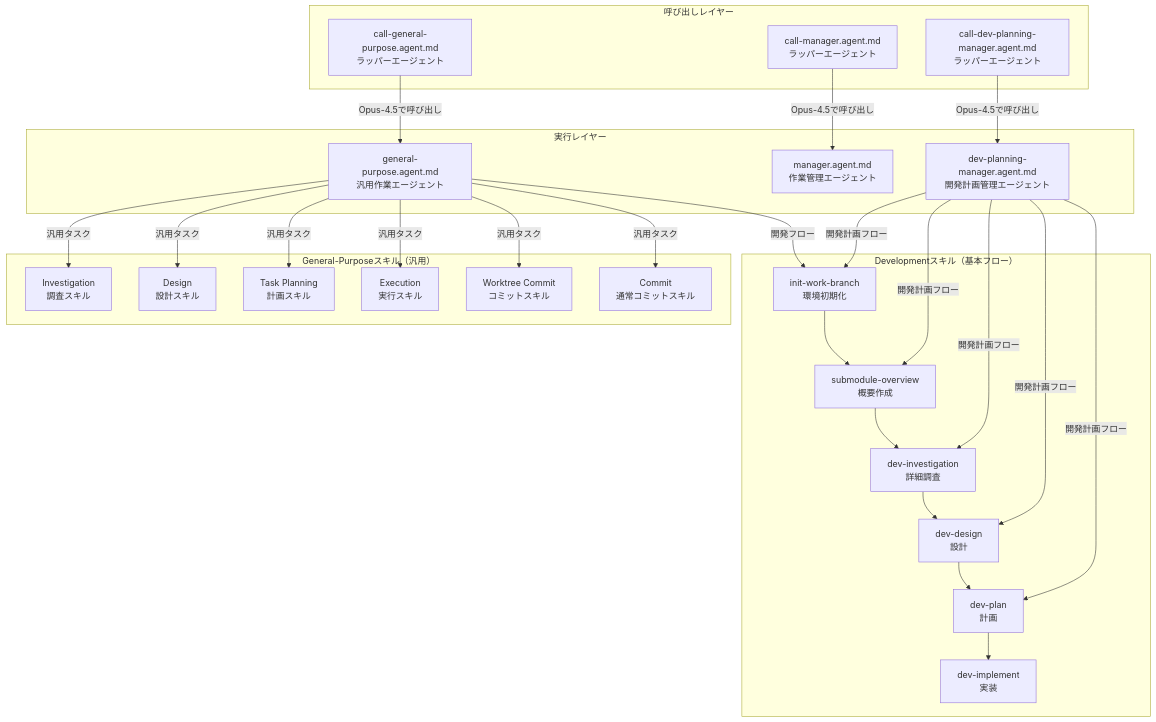
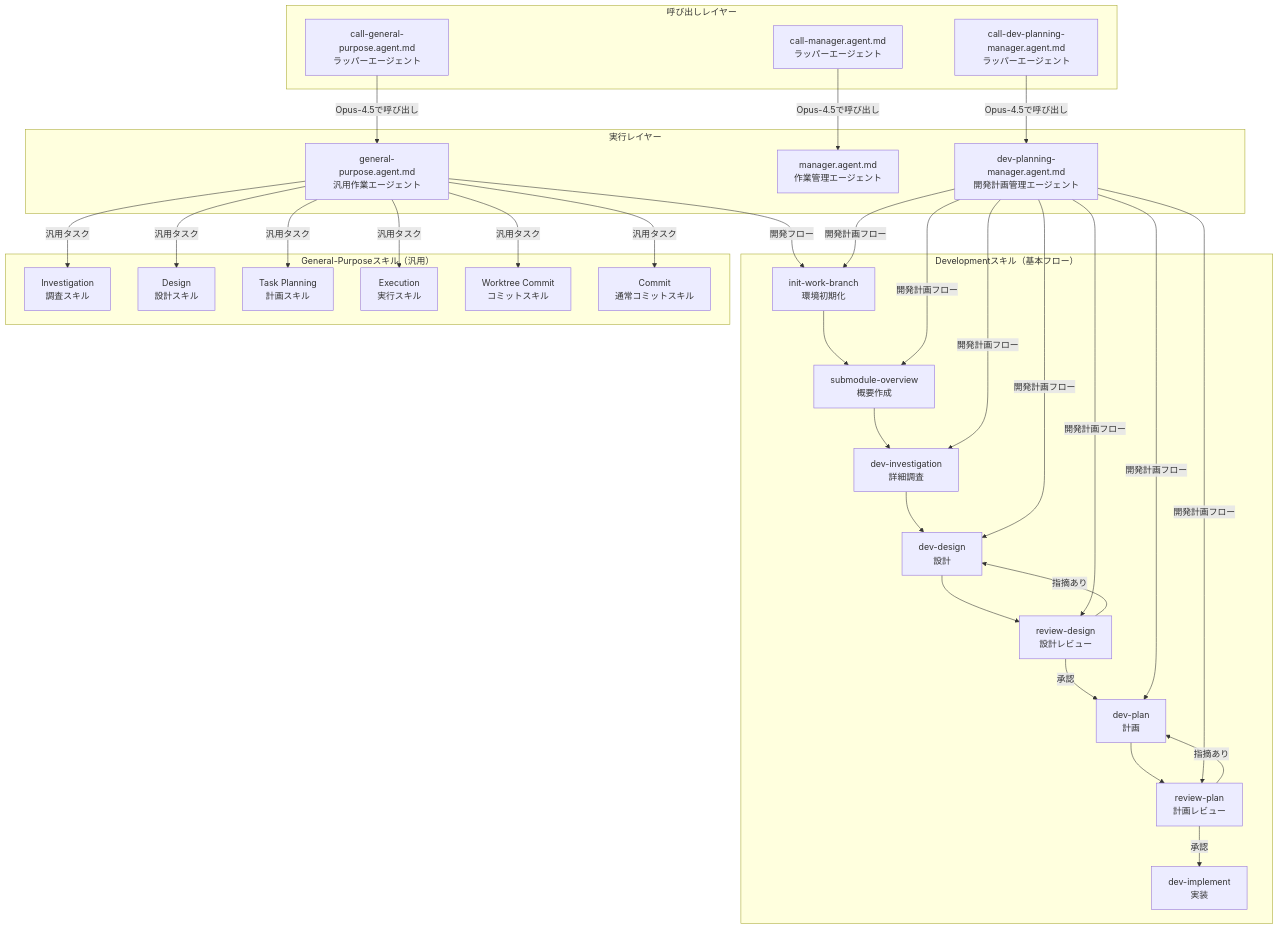
Before and after one commit to NagasakaH/dev-process: the first of 4 diagrams in README.md, drawn with Mermaid. The commit also changed other lines of this file and 1 other file, not shown here.

First line of the commit message:
feat: 設計レビュー・計画レビューのループ処理をdev-planning-managerに追加

````diff
--- a/README.md
+++ b/README.md
@@ -31,56 +33,64 @@
 ```mermaid
 graph TB
     subgraph "呼び出しレイヤー"
         CGP[call-general-purpose.agent.md<br/>ラッパーエージェント]
         CM[call-manager.agent.md<br/>ラッパーエージェント]
         CDPM[call-dev-planning-manager.agent.md<br/>ラッパーエージェント]
     end
     
     subgraph "実行レイヤー"
         GP[general-purpose.agent.md<br/>汎用作業エージェント]
         M[manager.agent.md<br/>作業管理エージェント]
         DPM[dev-planning-manager.agent.md<br/>開発計画管理エージェント]
     end
     
     subgraph "Developmentスキル（基本フロー）"
         IWB[init-work-branch<br/>環境初期化]
         SOV[submodule-overview<br/>概要作成]
         DIN[dev-investigation<br/>詳細調査]
         DDE[dev-design<br/>設計]
+        RDE[review-design<br/>設計レビュー]
         DPL[dev-plan<br/>計画]
+        RPL[review-plan<br/>計画レビュー]
         DIM[dev-implement<br/>実装]
     end
     
     subgraph "General-Purposeスキル（汎用）"
         INV[Investigation<br/>調査スキル]
         DES[Design<br/>設計スキル]
         PLN[Task Planning<br/>計画スキル]
         EXE[Execution<br/>実行スキル]
         WTC[Worktree Commit<br/>コミットスキル]
         CMT[Commit<br/>通常コミットスキル]
     end
     
     CGP -->|Opus-4.5で呼び出し| GP
     CM -->|Opus-4.5で呼び出し| M
     CDPM -->|Opus-4.5で呼び出し| DPM
     
     GP -->|開発フロー| IWB
     IWB --> SOV
     SOV --> DIN
     DIN --> DDE
-    DDE --> DPL
-    DPL --> DIM
+    DDE --> RDE
+    RDE -->|承認| DPL
+    RDE -->|指摘あり| DDE
+    DPL --> RPL
+    RPL -->|承認| DIM
+    RPL -->|指摘あり| DPL
     
     DPM -->|開発計画フロー| IWB
     DPM -->|開発計画フロー| SOV
     DPM -->|開発計画フロー| DIN
     DPM -->|開発計画フロー| DDE
+    DPM -->|開発計画フロー| RDE
     DPM -->|開発計画フロー| DPL
+    DPM -->|開発計画フロー| RPL
     
     GP -->|汎用タスク| INV
     GP -->|汎用タスク| DES
     GP -->|汎用タスク| PLN
     GP -->|汎用タスク| EXE
     GP -->|汎用タスク| WTC
     GP -->|汎用タスク| CMT
 ```
````
